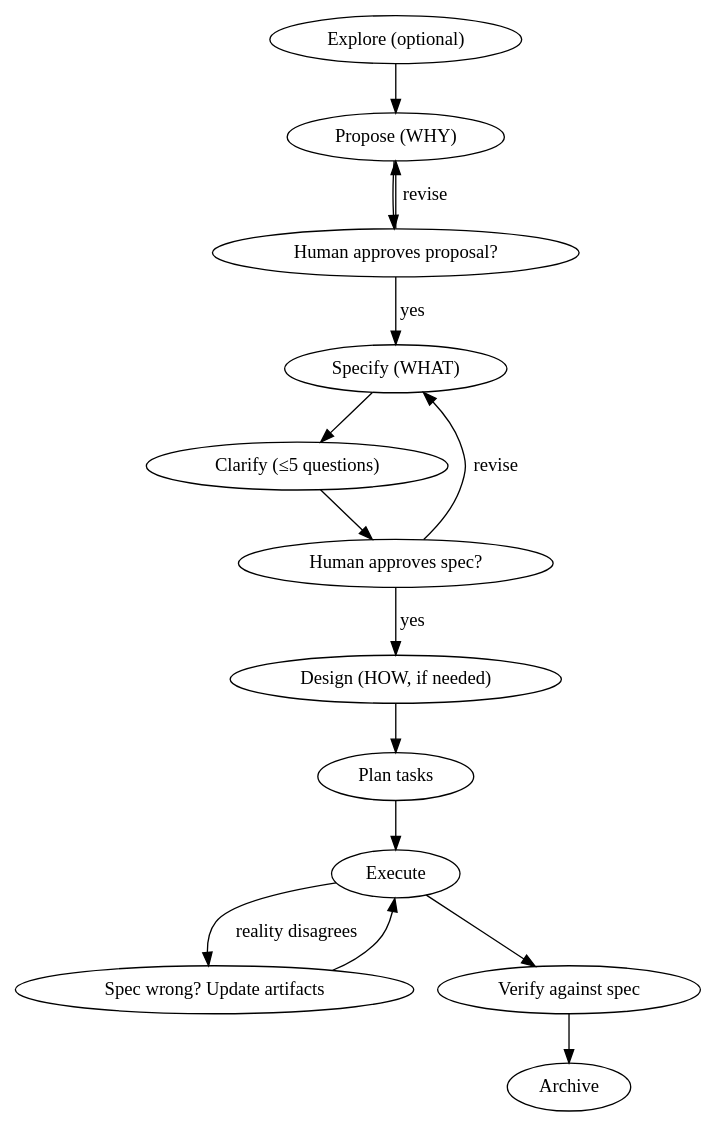
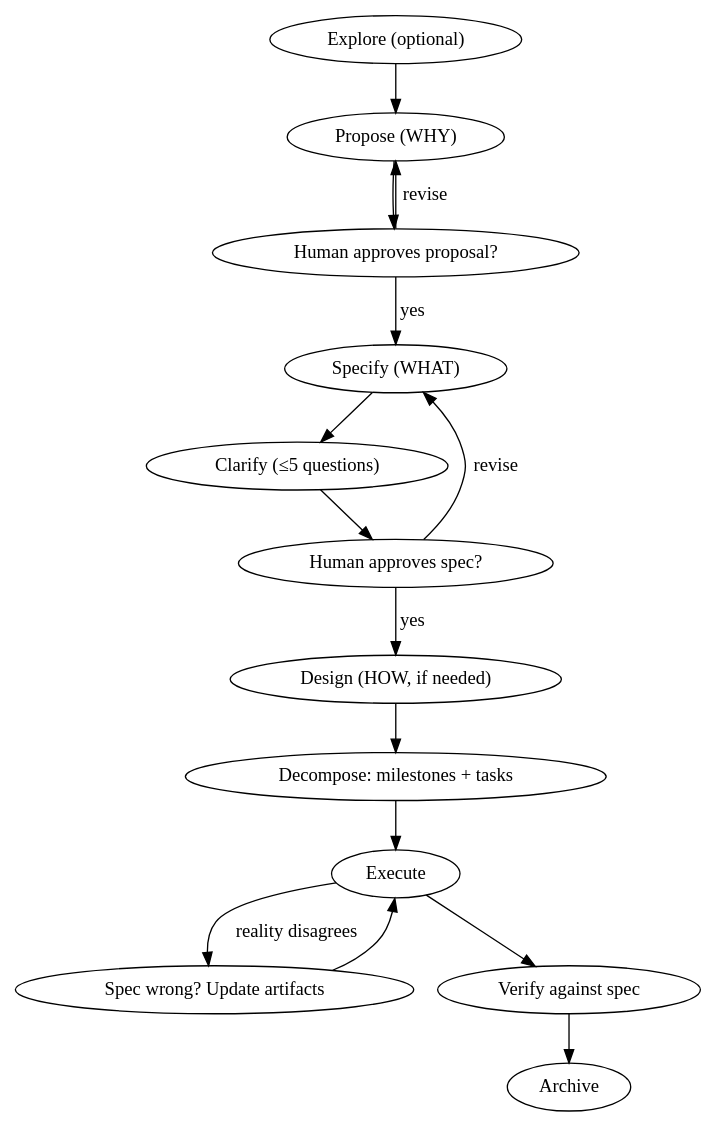
The diagram in skills/spec-driven-workflow/SKILL.md (mosugi/superpowers), drawn with Graphviz before and after one commit. The commit also changed other lines of this file and 5 other files, not shown here.

````diff
--- a/skills/spec-driven-workflow/SKILL.md
+++ b/skills/spec-driven-workflow/SKILL.md
@@ -74,18 +73,18 @@
 ```dot
 digraph workflow {
     "Explore (optional)" -> "Propose (WHY)";
     "Propose (WHY)" -> "Human approves proposal?" ;
     "Human approves proposal?" -> "Propose (WHY)" [label="revise"];
     "Human approves proposal?" -> "Specify (WHAT)" [label="yes"];
     "Specify (WHAT)" -> "Clarify (≤5 questions)";
     "Clarify (≤5 questions)" -> "Human approves spec?";
     "Human approves spec?" -> "Specify (WHAT)" [label="revise"];
     "Human approves spec?" -> "Design (HOW, if needed)" [label="yes"];
-    "Design (HOW, if needed)" -> "Plan tasks";
-    "Plan tasks" -> "Execute";
+    "Design (HOW, if needed)" -> "Decompose: milestones + tasks";
+    "Decompose: milestones + tasks" -> "Execute";
     "Execute" -> "Spec wrong? Update artifacts" [label="reality disagrees"];
     "Spec wrong? Update artifacts" -> "Execute";
     "Execute" -> "Verify against spec";
     "Verify against spec" -> "Archive";
 }
 ```
````
